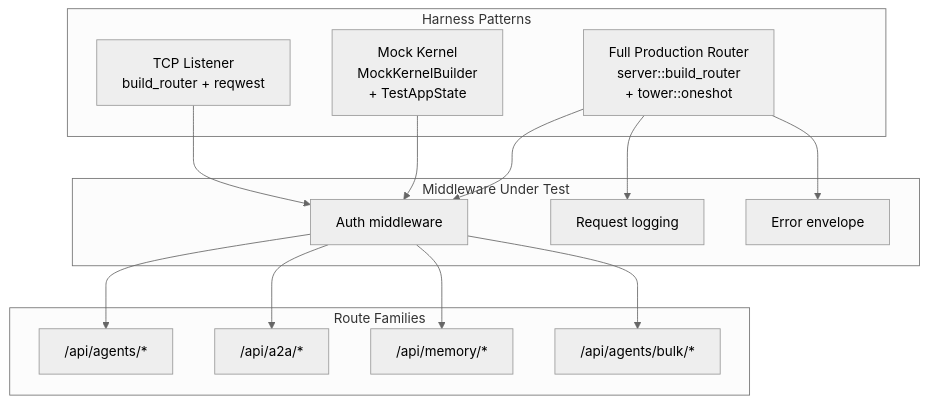
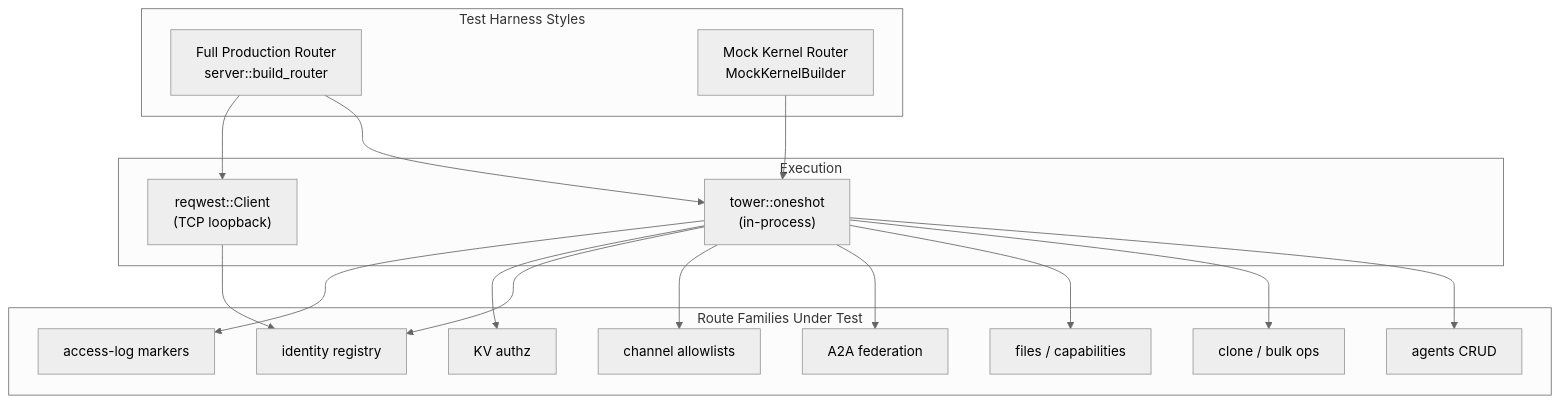
Before and after one commit to leszek3737/librefang-WIki: the diagram in other-librefang-api-tests.md, drawn with Mermaid (neutral theme). The commit also changed other lines of this file and 119 other files, not shown here.

````diff
--- a/other-librefang-api-tests.md
+++ b/other-librefang-api-tests.md
@@ -9,31 +9,33 @@
 ```mermaid
 graph TD
-    subgraph "Harness Patterns"
-        FP["Full Production Router<br/>server::build_router<br/>+ tower::oneshot"]
-        MK["Mock Kernel<br/>MockKernelBuilder<br/>+ TestAppState"]
-        TCP["TCP Listener<br/>build_router + reqwest"]
+    subgraph "Test Harness Styles"
+        A["Full Production Router<br/>server::build_router"]
+        B["Mock Kernel Router<br/>MockKernelBuilder"]
     end
-
-    subgraph "Middleware Under Test"
-        AUTH["Auth middleware"]
-        LOG["Request logging"]
-        ERR["Error envelope"]
+    subgraph "Execution"
+        C["tower::oneshot<br/>(in-process)"]
+        D["reqwest::Client<br/>(TCP loopback)"]
     end
-
-    subgraph "Route Families"
-        AGENTS["/api/agents/*"]
-        A2A["/api/a2a/*"]
-        MEMORY["/api/memory/*"]
-        BULK["/api/agents/bulk/*"]
+    A --> C
+    A --> D
+    B --> C
+    subgraph "Route Families Under Test"
+        E[agents CRUD]
+        F[clone / bulk ops]
+        G[files / capabilities]
+        H[A2A federation]
+        I[channel allowlists]
+        J[identity registry]
+        K[KV authz]
+        L[access-log markers]
     end
-
-    FP --> AUTH
-    FP --> LOG
-    FP --> ERR
-    MK --> AUTH
-    TCP --> AUTH
-    AUTH --> AGENTS
-    AUTH --> A2A
-    AUTH --> MEMORY
-    AUTH --> BULK
+    C --> E
+    C --> F
+    C --> G
+    C --> H
+    C --> I
+    C --> J
+    C --> K
+    C --> L
+    D --> J
 ```
````
